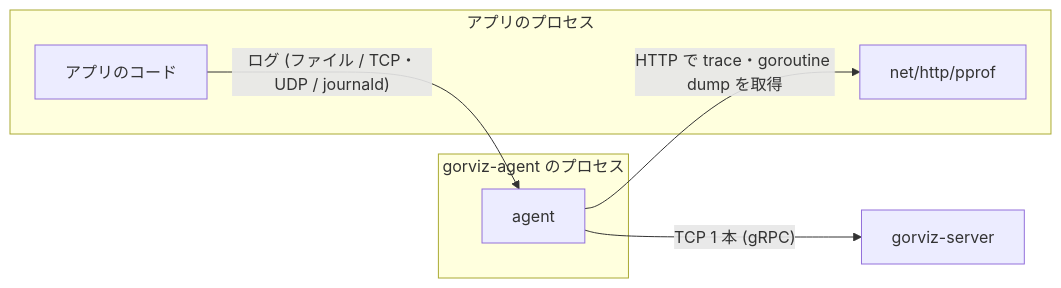
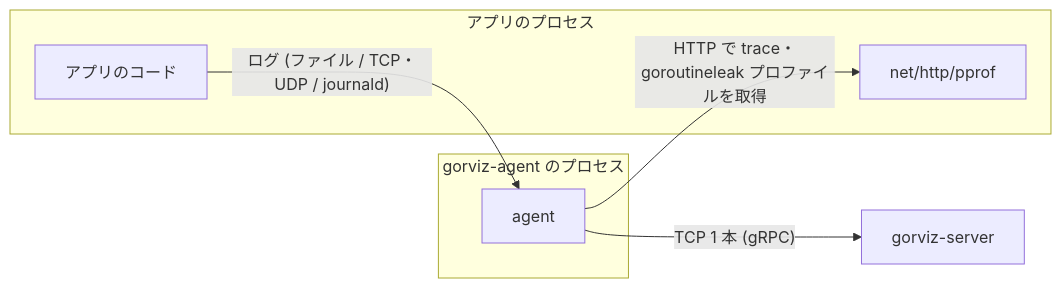
The second of 4 diagrams in docs/design.md (kakkky/gorviz), drawn with Mermaid before and after one commit. The commit also changed other lines of this file, not shown here.

Commit message:
docs: build the goroutine snapshot from the execution trace instead of stopping the world for goroutine dumps, identify goroutines by process, keep data per service with instances under it, and number the sections

````diff
--- a/docs/design.md
+++ b/docs/design.md
@@ -105,15 +105,15 @@
 ```mermaid
 flowchart LR
     subgraph appproc["アプリのプロセス"]
         app["アプリのコード"]
         pprof["net/http/pprof"]
     end
     subgraph agentproc["gorviz-agent のプロセス"]
         agent["agent"]
     end
     server["gorviz-server"]
 
-    agent -->|"HTTP で trace・goroutine dump を取得"| pprof
+    agent -->|"HTTP で trace・goroutineleak プロファイルを取得"| pprof
     app -->|"ログ (ファイル / TCP・UDP / journald)"| agent
     agent -->|"TCP 1 本 (gRPC)"| server
 ```
````
